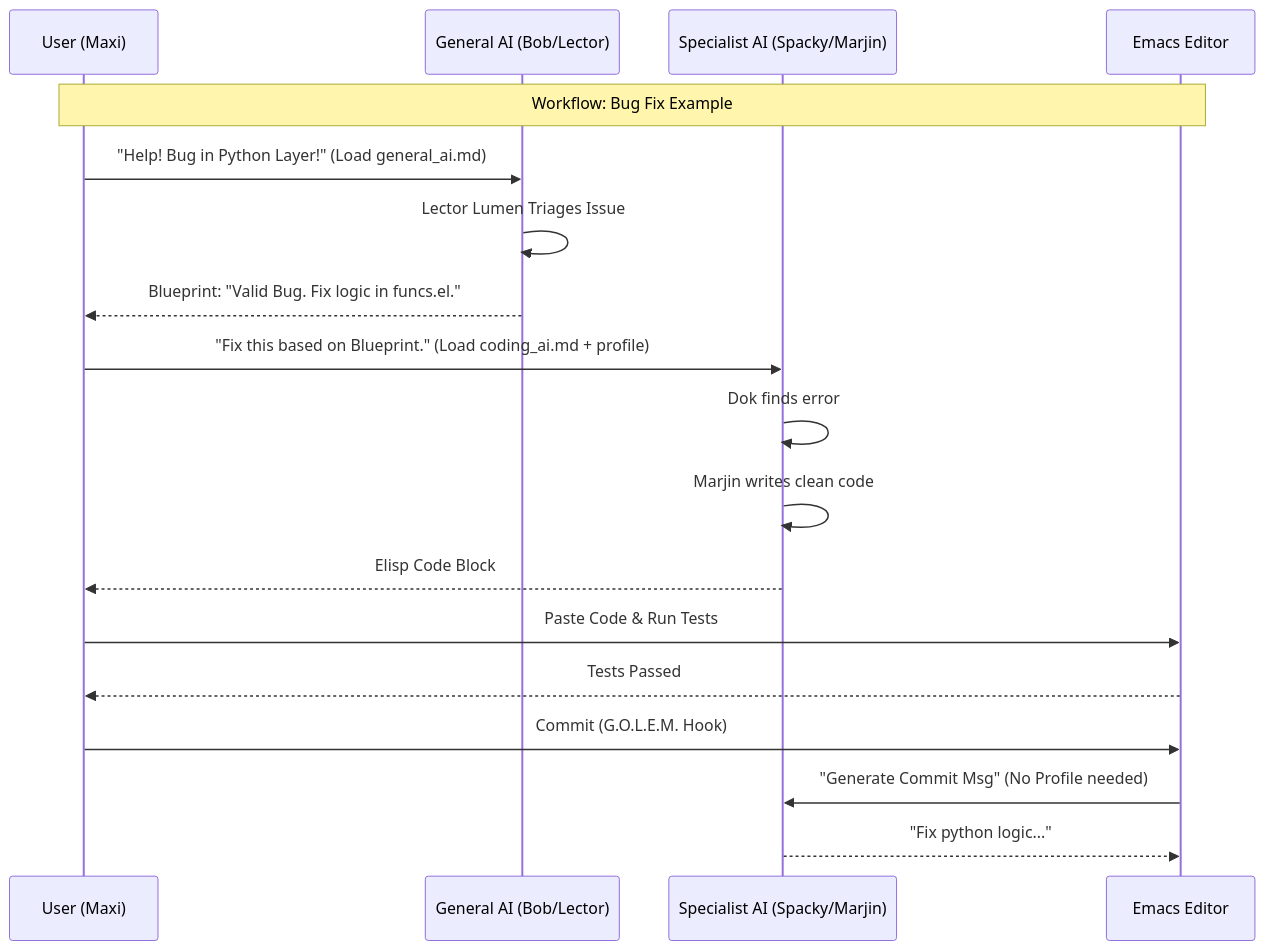
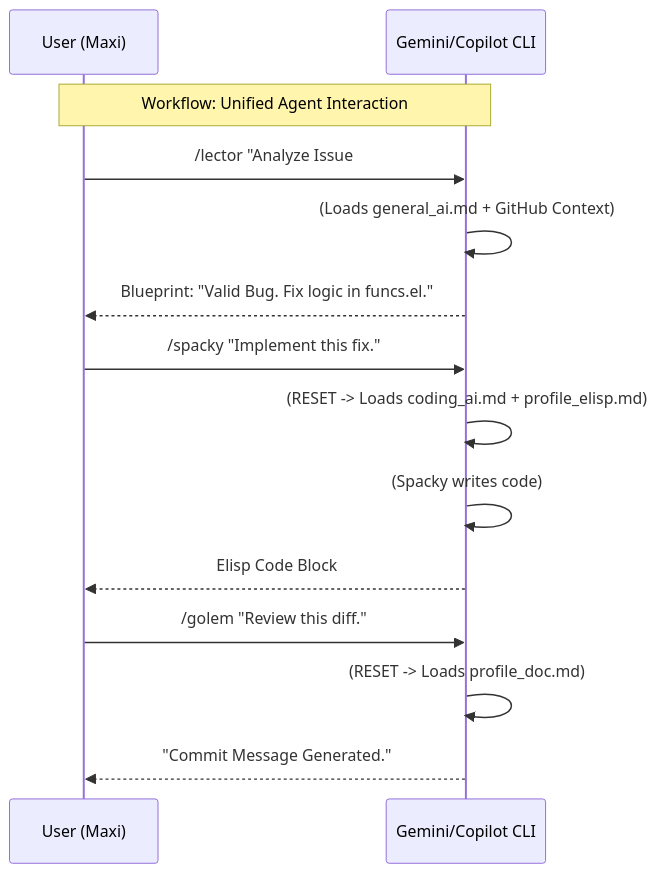
The diagram in ai/README.md (corngood/spacemacs), drawn with Mermaid before and after one commit. The commit also changed other lines of this file and 18 other files, not shown here.

First line of the commit message:
Unify AI agent workflow and update docs for CLI model

````diff
--- a/ai/README.md
+++ b/ai/README.md
@@ -82,25 +82,20 @@
 ```mermaid
 sequenceDiagram
     participant U as User (Maxi)
-    participant G as General AI (Bob/Lector)
-    participant S as Specialist AI (Spacky/Marjin)
-    participant E as Emacs Editor
+    participant CLI as Gemini/Copilot CLI
 
-    Note over U, E: Workflow: Bug Fix Example
+    Note over U, CLI: Workflow: Unified Agent Interaction
 
-    U->>G: "Help! Bug in Python Layer!" (Load general_ai.md)
-    G->>G: Lector Lumen Triages Issue
-    G-->>U: Blueprint: "Valid Bug. Fix logic in funcs.el."
+    U->>CLI: /lector "Analyze Issue #42 via MCP"
+    CLI->>CLI: (Loads general_ai.md + GitHub Context)
+    CLI-->>U: Blueprint: "Valid Bug. Fix logic in funcs.el."
 
-    U->>S: "Fix this based on Blueprint." (Load coding_ai.md + profile)
-    S->>S: Dok finds error
-    S->>S: Marjin writes clean code
-    S-->>U: Elisp Code Block
+    U->>CLI: /spacky "Implement this fix."
+    CLI->>CLI: (RESET -> Loads coding_ai.md + profile_elisp.md)
+    CLI->>CLI: (Spacky writes code)
+    CLI-->>U: Elisp Code Block
 
-    U->>E: Paste Code & Run Tests
-    E-->>U: Tests Passed
-
-    U->>E: Commit (G.O.L.E.M. Hook)
-    E->>S: "Generate Commit Msg" (No Profile needed)
-    S-->>E: "Fix python logic..."
+    U->>CLI: /golem "Review this diff."
+    CLI->>CLI: (RESET -> Loads profile_doc.md)
+    CLI-->>U: "Commit Message Generated."
 ```
````
